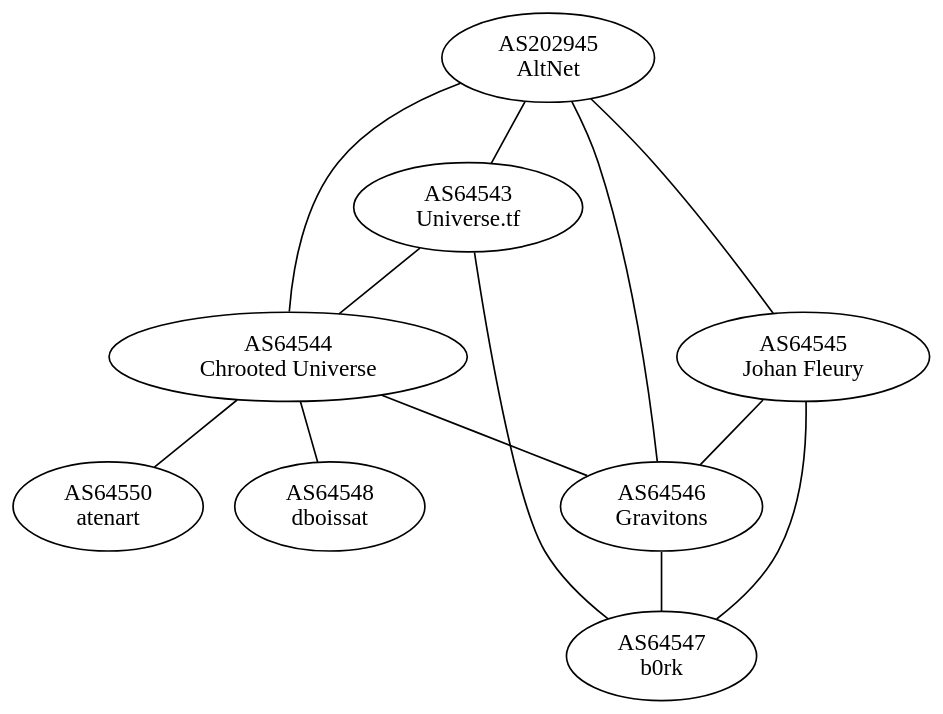
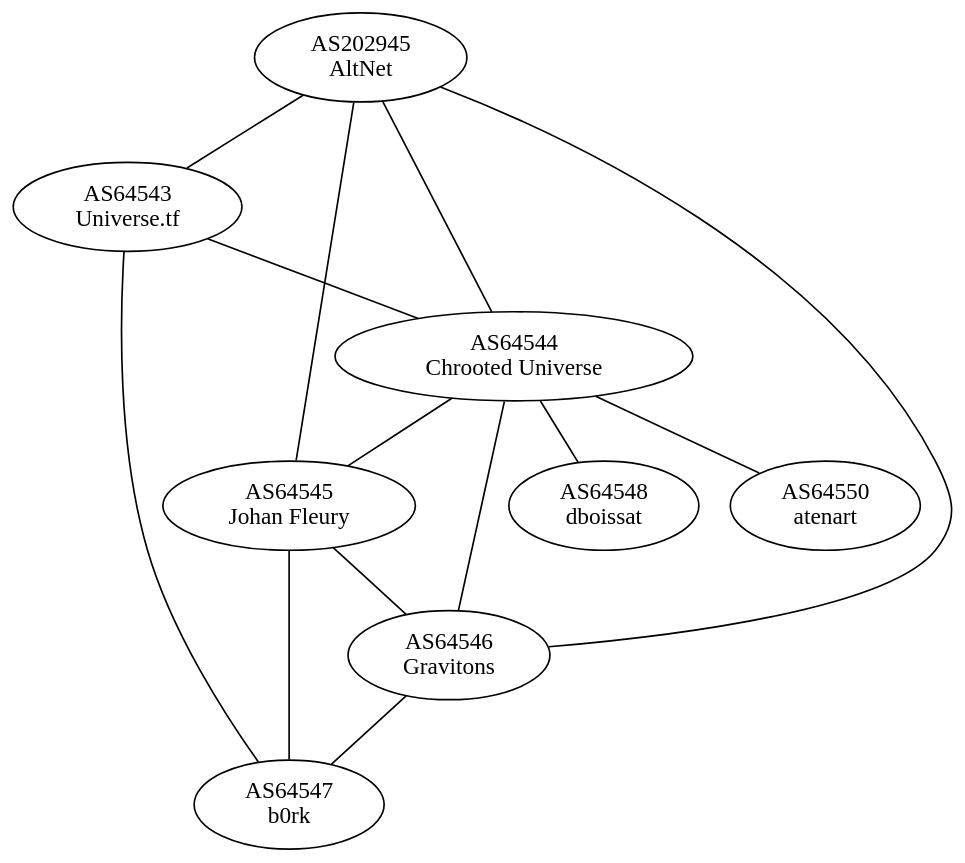
Before and after one commit to GLaNET/resources: the diagram in as-graph.dot, drawn with Graphviz.

Commit message:
adding AS64544-AS64545 peering

```diff
--- a/as-graph.dot
+++ b/as-graph.dot
@@ -1,31 +1,32 @@
 graph GLaNET
 {
         edge [len=2];
         graph [bgcolor=transparent]
 
         AS64543 [label="AS64543\nUniverse.tf"];
         AS64544 [label="AS64544\nChrooted Universe"];
         AS64545 [label="AS64545\nJohan Fleury"];
         AS64546 [label="AS64546\nGravitons"];
         AS64547 [label="AS64547\nb0rk"];
         AS64548 [label="AS64548\ndboissat"];
         AS64550 [label="AS64550\natenart"];
         AS202945 [label="AS202945\nAltNet"];
 
         AS202945 -- AS64543;
         AS202945 -- AS64544;
         AS202945 -- AS64545;
         AS202945 -- AS64546;
 
         AS64543 -- AS64544;
         AS64543 -- AS64547;
 
+        AS64544 -- AS64545;
         AS64544 -- AS64546;
         AS64544 -- AS64548;
         AS64544 -- AS64550;
 
         AS64545 -- AS64546;
         AS64545 -- AS64547;
 
         AS64546 -- AS64547;
 }
```
